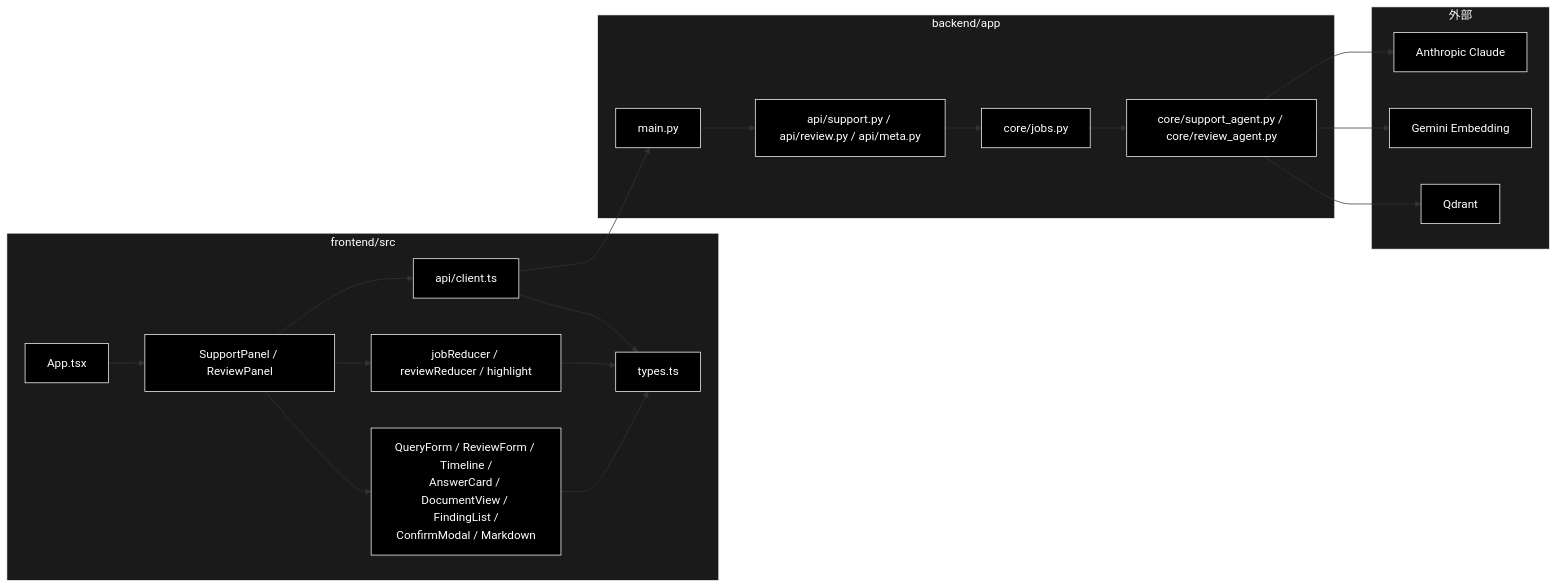
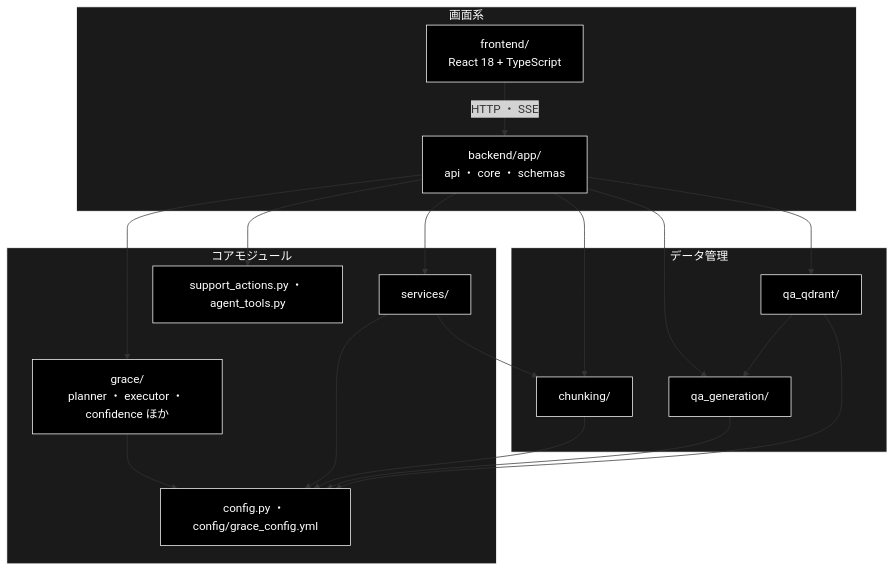
One commit to nakashima2toshio/grace_v2 changed the second of 2 diagrams in README.md. Above: the diagram before and after it, drawn with Mermaid. The commit also changed other lines of this file and 4 other files, not shown here.

````diff
--- a/README.md
+++ b/README.md
@@ -1597,45 +547,38 @@
 ```mermaid
-flowchart LR
-    subgraph FE["frontend/src"]
-        APPX["App.tsx"]
-        PANELS["SupportPanel / ReviewPanel"]
-        COMPS["QueryForm / ReviewForm / Timeline /<br>AnswerCard / DocumentView / FindingList /<br>ConfirmModal / Markdown"]
-        STATE["jobReducer / reviewReducer / highlight"]
-        APIC["api/client.ts"]
-        TYPES["types.ts"]
+flowchart TB
+    subgraph SCREEN["画面系"]
+        FE["frontend/<br>React 18 + TypeScript"]
+        BE["backend/app/<br>api ・ core ・ schemas"]
     end
-
-    subgraph BE["backend/app"]
-        MAINX["main.py"]
-        APIS["api/support.py / api/review.py / api/meta.py"]
-        JOBSX["core/jobs.py"]
-        CORES["core/support_agent.py / core/review_agent.py"]
+    subgraph CORE["コアモジュール"]
+        GR["grace/<br>planner ・ executor ・ confidence ほか"]
+        SV["services/"]
+        SA["support_actions.py ・ agent_tools.py"]
+        CF["config.py ・ config/grace_config.yml"]
     end
-
-    subgraph EXT["外部"]
-        ANT["Anthropic Claude"]
-        GEM["Gemini Embedding"]
-        QD["Qdrant"]
+    subgraph PREP["データ管理"]
+        CH["chunking/"]
+        QG["qa_generation/"]
+        QQ["qa_qdrant/"]
     end
-
-    APPX --> PANELS
-    PANELS --> COMPS
-    PANELS --> STATE
-    PANELS --> APIC
-    COMPS --> TYPES
-    STATE --> TYPES
-    APIC --> TYPES
-    APIC --> MAINX
-    MAINX --> APIS
-    APIS --> JOBSX
-    JOBSX --> CORES
-    CORES --> ANT
-    CORES --> GEM
-    CORES --> QD
+    FE -->|"HTTP ・ SSE"| BE
+    BE --> GR
+    BE --> SA
+    BE --> SV
+    BE --> CH
+    BE --> QG
+    BE --> QQ
+    SV --> CH
+    QQ --> QG
+    GR --> CF
+    SV --> CF
+    CH --> CF
+    QG --> CF
+    QQ --> CF
 classDef default fill:#000,stroke:#fff,color:#fff
 classDef subgraphStyle fill:#1a1a1a,stroke:#fff,color:#fff
-class APPX,PANELS,COMPS,STATE,APIC,TYPES,MAINX,APIS,JOBSX,CORES,ANT,GEM,QD default
-style FE fill:#1a1a1a,stroke:#fff,color:#fff
-style BE fill:#1a1a1a,stroke:#fff,color:#fff
-style EXT fill:#1a1a1a,stroke:#fff,color:#fff
+class FE,BE,GR,SV,SA,CF,CH,QG,QQ default
+style SCREEN fill:#1a1a1a,stroke:#fff,color:#fff
+style CORE fill:#1a1a1a,stroke:#fff,color:#fff
+style PREP fill:#1a1a1a,stroke:#fff,color:#fff
 ```
````
